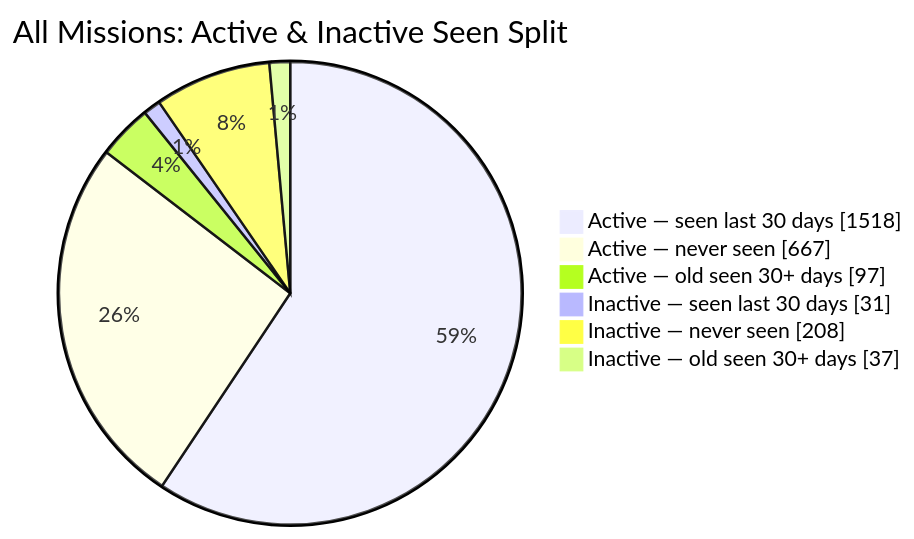
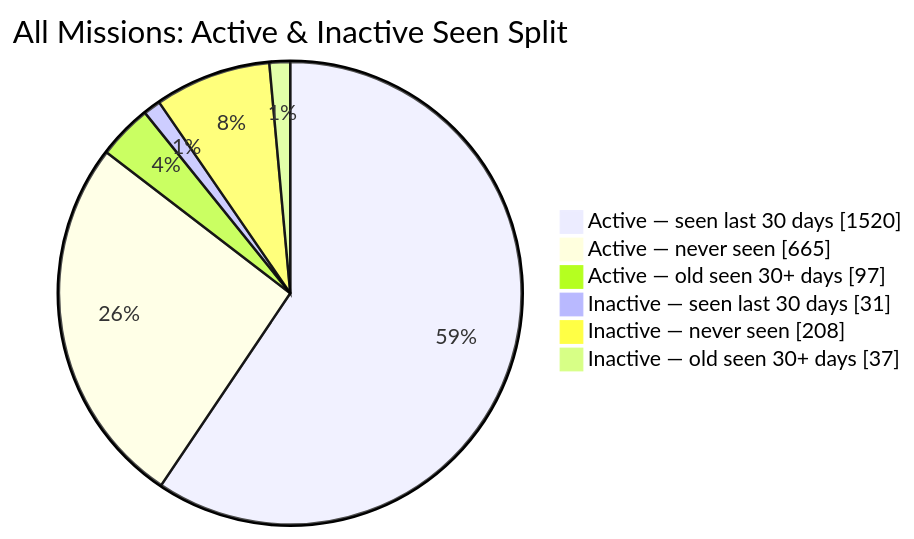
One commit to MeldkamerspelGameTeam/active-missions changed the second of 2 diagrams in README.md. Above: the diagram before and after it, drawn with Mermaid. The commit also changed other lines of this file and 2 other files, not shown here.

````diff
--- a/README.md
+++ b/README.md
@@ -44,10 +44,10 @@
 ```mermaid
 pie showData
     title All Missions: Active & Inactive Seen Split
-    "Active — seen last 30 days" : 1518
-    "Active — never seen" : 667
+    "Active — seen last 30 days" : 1520
+    "Active — never seen" : 665
     "Active — old seen 30+ days" : 97
     "Inactive — seen last 30 days" : 31
     "Inactive — never seen" : 208
     "Inactive — old seen 30+ days" : 37
 ```
````
